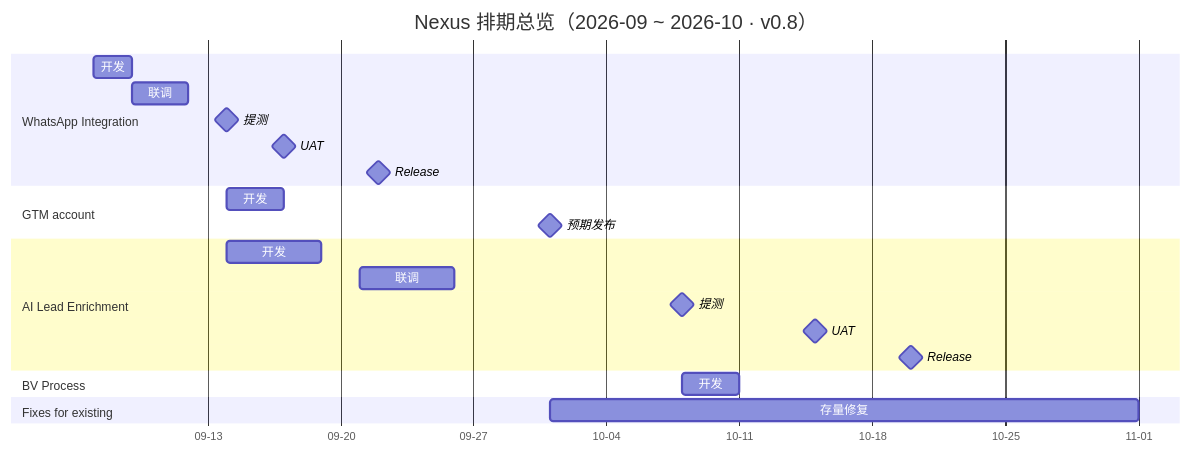
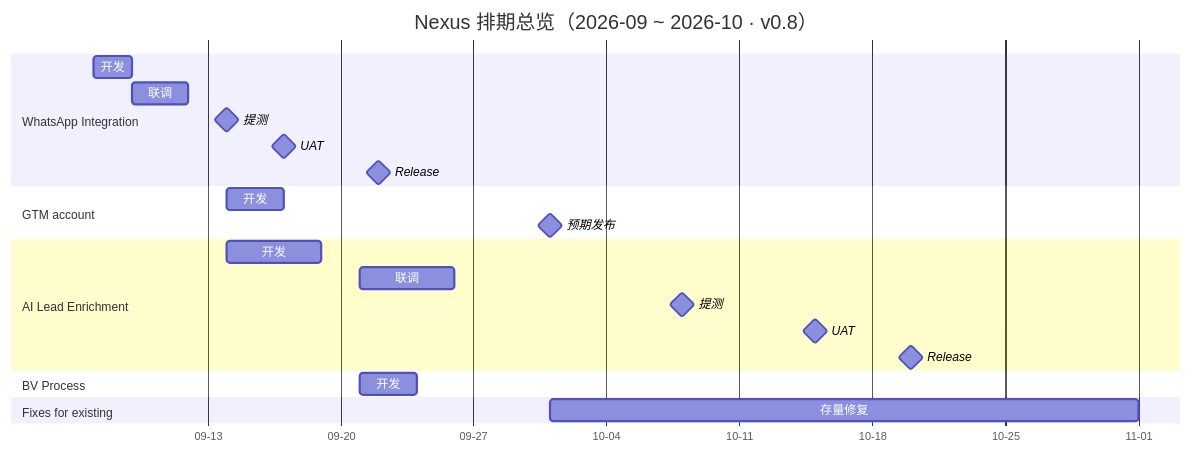
One commit to junyang-visable/my-ai changed the diagram in docs/nexus/ROADMAP.md. Above: the diagram before and after it, drawn with Mermaid. The commit also changed other lines of this file and 1 other file, not shown here.

Commit message:
docs(nexus): roadmap v1.0 — BV Process dev window moved to 9.21~9.23

````diff
--- a/docs/nexus/ROADMAP.md
+++ b/docs/nexus/ROADMAP.md
@@ -11,26 +11,26 @@
 ```mermaid
 gantt
     title Nexus 排期总览（2026-09 ~ 2026-10 · v0.8）
     dateFormat YYYY-MM-DD
     axisFormat %m-%d
     todayMarker off
     section WhatsApp Integration
     开发    :2026-09-07, 2d
     联调    :2026-09-09, 3d
     提测    :milestone, 2026-09-14, 0d
     UAT     :milestone, 2026-09-17, 0d
     Release :milestone, 2026-09-22, 0d
     section GTM account
     开发    :2026-09-14, 3d
     预期发布 :milestone, 2026-10-01, 0d
     section AI Lead Enrichment
     开发    :2026-09-14, 5d
     联调    :2026-09-21, 5d
     提测    :milestone, 2026-10-08, 0d
     UAT     :milestone, 2026-10-15, 0d
     Release :milestone, 2026-10-20, 0d
     section BV Process
-    开发    :2026-10-08, 3d
+    开发    :2026-09-21, 3d
     section Fixes for existing
     存量修复 :2026-10-01, 31d
 ```
````
